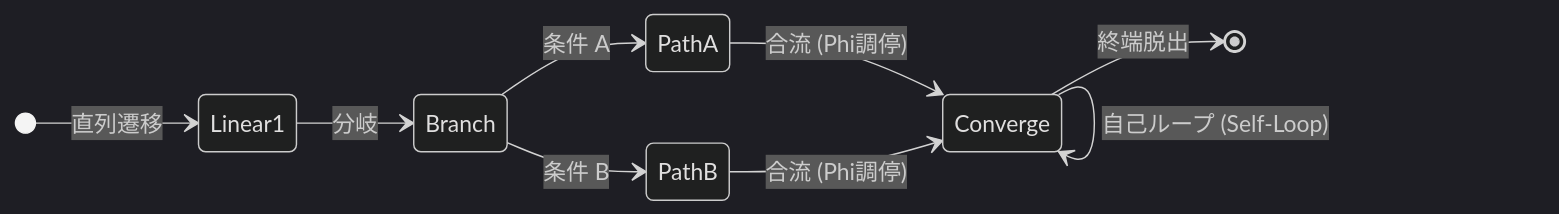
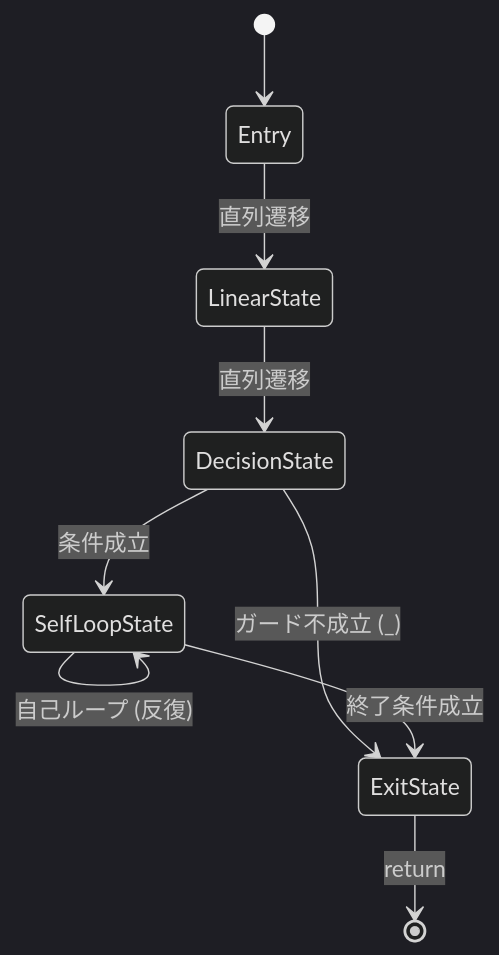
The second of 3 diagrams in doc/manual/to_professional/JP/03_machine_flow_states_geometry.md (beepcap/StateSSA), drawn with Mermaid (dark theme) before and after one commit. The commit also changed other lines of this file, not shown here.

Commit message:
doc: 全面改稿 第3章『プログラムの骨格 —— machine, flow, states の幾何学』(プロ向け技術書化・脱線廃止)

````diff
--- a/doc/manual/to_professional/JP/03_machine_flow_states_geometry.md
+++ b/doc/manual/to_professional/JP/03_machine_flow_states_geometry.md
@@ -90,12 +257,12 @@
 ```mermaid
 stateDiagram-v2
-    direction LR
-    [*] --> Linear1 : 直列遷移
-    Linear1 --> Branch : 分岐
-    Branch --> PathA : 条件 A
-    Branch --> PathB : 条件 B
-    PathA --> Converge : 合流 (Phi調停)
-    PathB --> Converge : 合流 (Phi調停)
-    Converge --> Converge : 自己ループ (Self-Loop)
-    Converge --> [*] : 終端脱出
+    direction TB
+    [*] --> Entry
+    Entry --> LinearState: 直列遷移
+    LinearState --> DecisionState: 直列遷移
+    DecisionState --> SelfLoopState: 条件成立
+    DecisionState --> ExitState: ガード不成立 (_)
+    SelfLoopState --> SelfLoopState: 自己ループ (反復)
+    SelfLoopState --> ExitState: 終了条件成立
+    ExitState --> [*]: return
 ```
````
